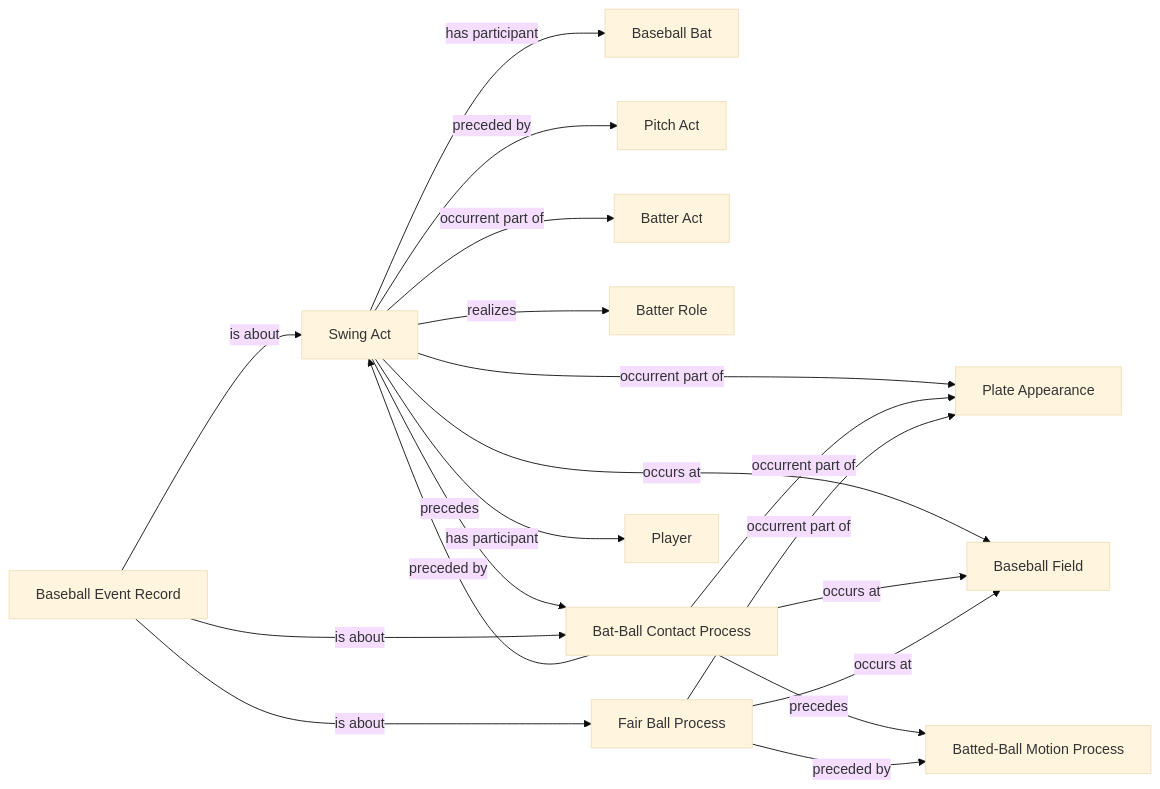
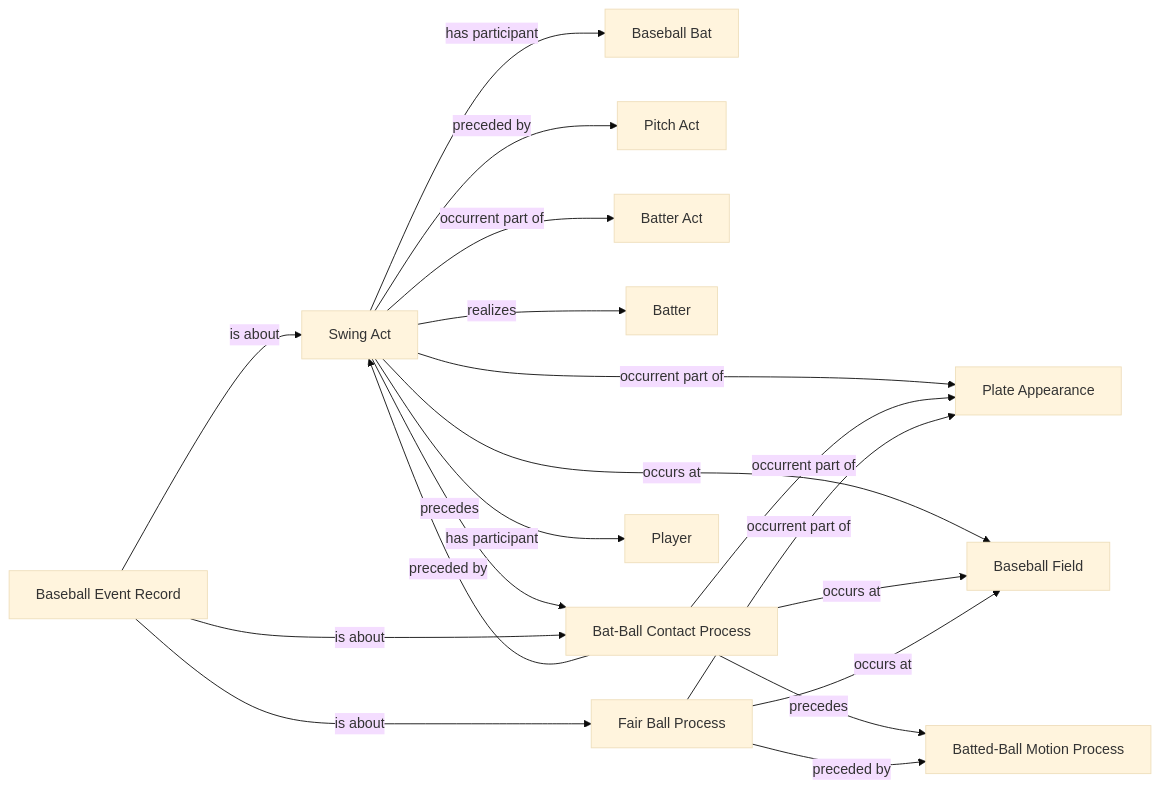
One commit to CarterBeauBenson/BaseballO changed the diagram in Baseball/mermaid/patterns/ontology/20-in-play-out-contact.md. Above: the diagram before and after it, drawn with Mermaid (base theme). The commit also changed other lines of this file and 115 other files, not shown here.

````diff
--- a/Baseball/mermaid/patterns/ontology/20-in-play-out-contact.md
+++ b/Baseball/mermaid/patterns/ontology/20-in-play-out-contact.md
@@ -10,33 +10,33 @@
 ```mermaid
 flowchart LR
     N01["Swing Act"]
     N02["Baseball Bat"]
     N03["Baseball Event Record"]
     N04["Pitch Act"]
     N05["Plate Appearance"]
     N06["Batter Act"]
-    N07["Batter Role"]
+    N07["Batter"]
     N08["Batted-Ball Motion Process"]
     N09["Bat-Ball Contact Process"]
     N10["Fair Ball Process"]
     N11["Player"]
     N12["Baseball Field"]
     N01 -->|has participant| N02
     N01 -->|has participant| N11
     N01 -->|occurrent part of| N05
     N01 -->|occurrent part of| N06
     N01 -->|occurs at| N12
     N01 -->|preceded by| N04
     N01 -->|precedes| N09
     N01 -->|realizes| N07
     N03 -->|is about| N01
     N03 -->|is about| N09
     N03 -->|is about| N10
     N09 -->|occurrent part of| N05
     N09 -->|occurs at| N12
     N09 -->|preceded by| N01
     N09 -->|precedes| N08
     N10 -->|occurrent part of| N05
     N10 -->|occurs at| N12
     N10 -->|preceded by| N08
 ```
````
